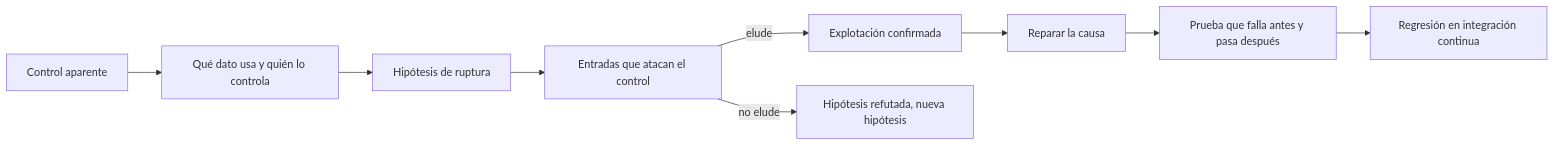
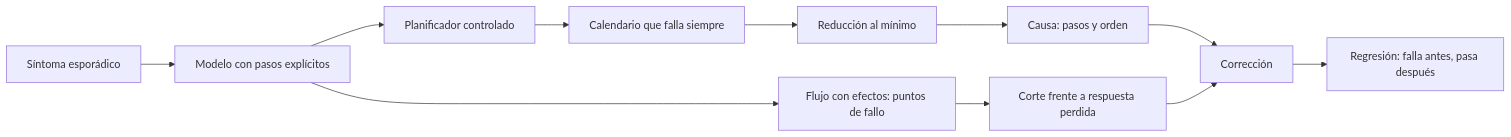
Before and after one commit to vladimiracunadev-create/modern-software-engineering-program: the diagram in content/part-32/SE-395.md, drawn with Mermaid. The commit also changed other lines of this file and 5193 other files, not shown here.

````diff
--- a/content/part-32/SE-395.md
+++ b/content/part-32/SE-395.md
@@ -56,11 +55,13 @@
 ```mermaid
 flowchart LR
-    A[Control aparente] --> B[Qué dato usa y quién lo controla]
-    B --> C[Hipótesis de ruptura]
-    C --> D[Entradas que atacan el control]
-    D -->|elude| E[Explotación confirmada]
-    D -->|no elude| F[Hipótesis refutada, nueva hipótesis]
-    E --> G[Reparar la causa]
-    G --> H[Prueba que falla antes y pasa después]
-    H --> I[Regresión en integración continua]
+    A[Síntoma esporádico] --> B[Modelo con pasos explícitos]
+    B --> C[Planificador controlado]
+    C --> D[Calendario que falla siempre]
+    D --> E[Reducción al mínimo]
+    E --> F[Causa: pasos y orden]
+    F --> G[Corrección]
+    G --> H[Regresión: falla antes, pasa después]
+    B --> I[Flujo con efectos: puntos de fallo]
+    I --> J[Corte frente a respuesta perdida]
+    J --> G
 ```
````
